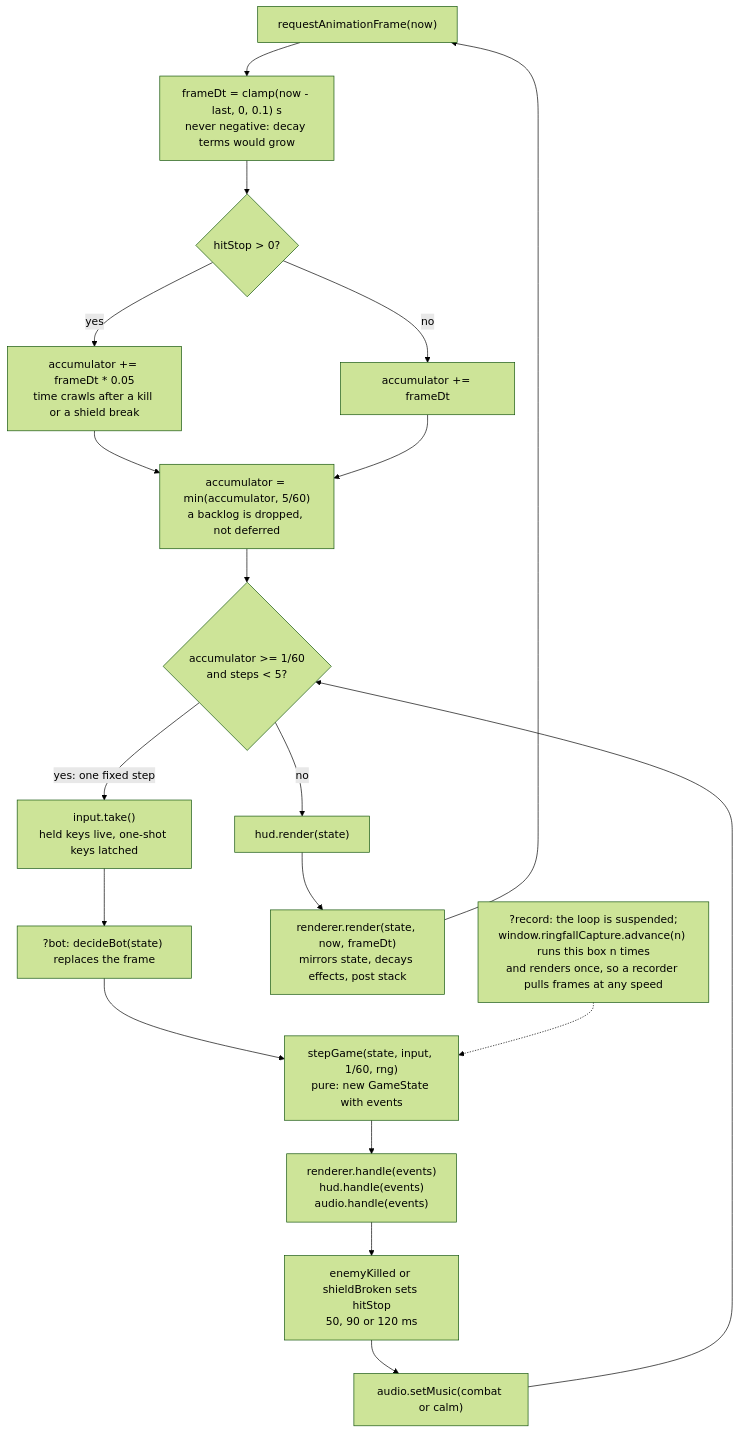
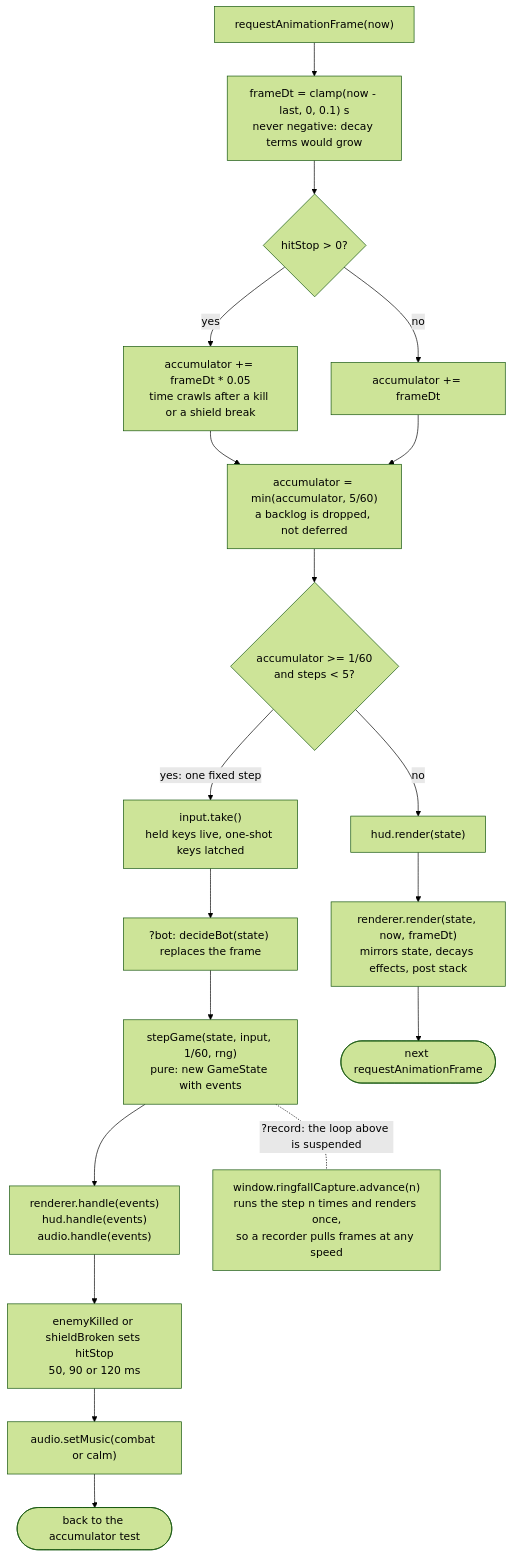
One commit to agh/ringfall changed the diagram in docs/architecture/diagrams/frame.mmd. Above: the diagram before and after it, drawn with Mermaid (forest theme). The commit also changed 5 other files, not shown here.

First line of the commit message:
docs(architecture): lay the frame view out top-down

```diff
--- a/docs/architecture/diagrams/frame.mmd
+++ b/docs/architecture/diagrams/frame.mmd
@@ -1,24 +1,26 @@
 %%{init: {"flowchart": {"curve": "basis"}} }%%
 flowchart TB
   raf["requestAnimationFrame(now)"]
   dt["frameDt = clamp(now - last, 0, 0.1) s<br/>never negative: decay terms would grow"]
   hitstop{"hitStop > 0?"}
   slow["accumulator += frameDt * 0.05<br/>time crawls after a kill or a shield break"]
   full["accumulator += frameDt"]
   cap["accumulator = min(accumulator, 5/60)<br/>a backlog is dropped, not deferred"]
   loop{"accumulator >= 1/60<br/>and steps < 5?"}
   take["input.take()<br/>held keys live, one-shot keys latched"]
   bot["?bot: decideBot(state) replaces the frame"]
   step["stepGame(state, input, 1/60, rng)<br/>pure: new GameState with events"]
   fan["renderer.handle(events)<br/>hud.handle(events)<br/>audio.handle(events)"]
   stop["enemyKilled or shieldBroken sets hitStop<br/>50, 90 or 120 ms"]
   music["audio.setMusic(combat or calm)"]
   hudr["hud.render(state)"]
   draw["renderer.render(state, now, frameDt)<br/>mirrors state, decays effects, post stack"]
-  capture["?record: the loop is suspended;<br/>window.ringfallCapture.advance(n) runs this box n times<br/>and renders once, so a recorder pulls frames at any speed"]
+  capture["window.ringfallCapture.advance(n)<br/>runs the step n times and renders once,<br/>so a recorder pulls frames at any speed"]
   raf --> dt --> hitstop
   hitstop -->|"yes"| slow --> cap
   hitstop -->|"no"| full --> cap --> loop
-  loop -->|"yes: one fixed step"| take --> bot --> step --> fan --> stop --> music --> loop
-  loop -->|"no"| hudr --> draw --> raf
-  capture -.-> step
+  again(["back to the accumulator test"])
+  next(["next requestAnimationFrame"])
+  loop -->|"yes: one fixed step"| take --> bot --> step --> fan --> stop --> music --> again
+  loop -->|"no"| hudr --> draw --> next
+  step -.-|"?record: the loop above is suspended"| capture
```
